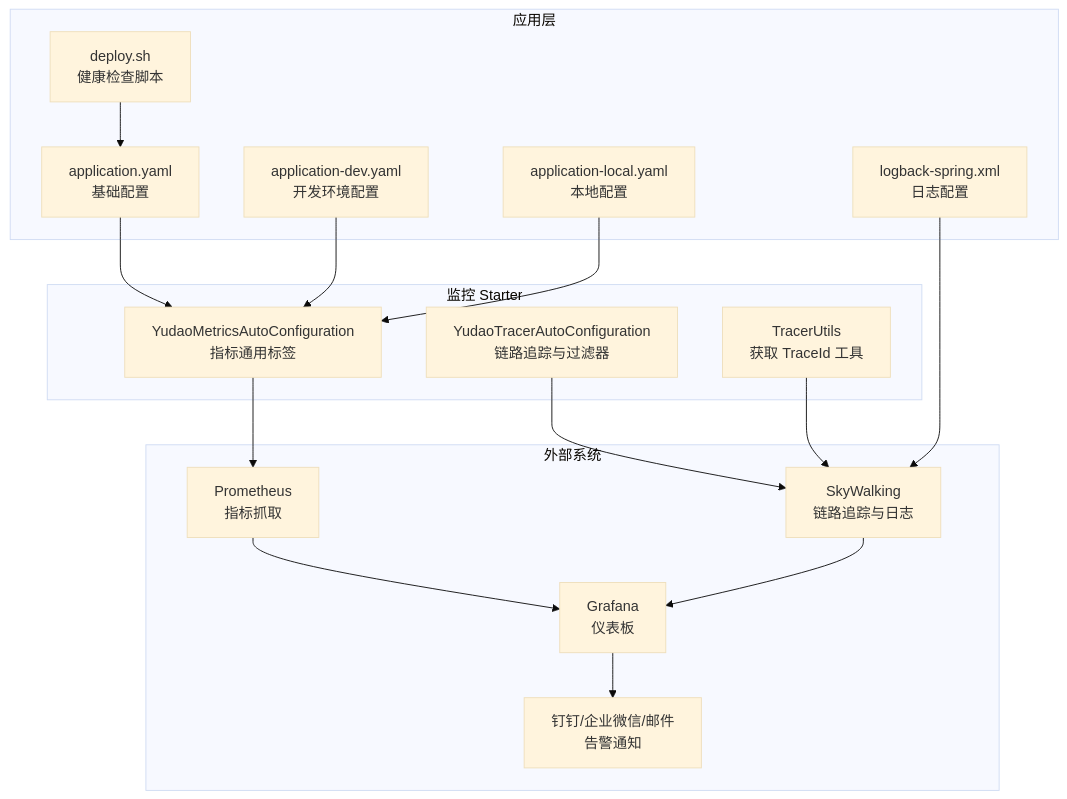
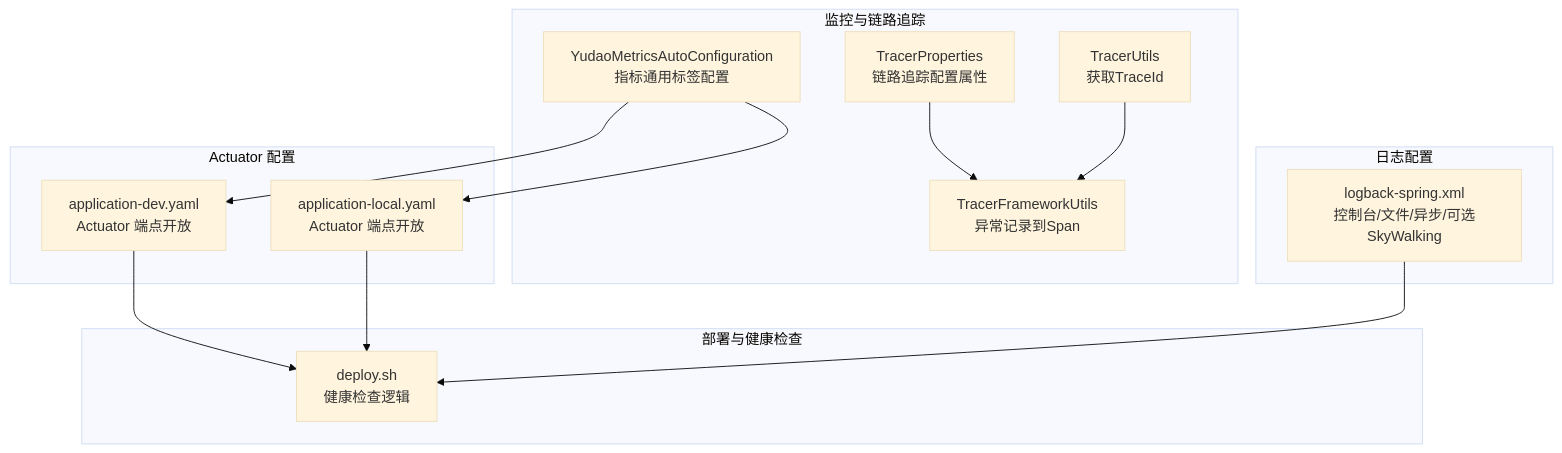
The first of 8 diagrams in .qoder/repowiki/zh/content/部署运维/监控告警.md (xiaoche80s-tech/rouyi-vue-pro), drawn with Mermaid (base theme) before and after one commit. The commit also changed other lines of this file and 840 other files, not shown here.

````diff
--- a/.qoder/repowiki/zh/content/部署运维/监控告警.md
+++ b/.qoder/repowiki/zh/content/部署运维/监控告警.md
@@ -44,32 +45,26 @@
 ```mermaid
 graph TB
-subgraph "监控 Starter"
-A["YudaoMetricsAutoConfiguration<br/>指标通用标签"]
-B["YudaoTracerAutoConfiguration<br/>链路追踪与过滤器"]
-C["TracerUtils<br/>获取 TraceId 工具"]
+subgraph "监控与链路追踪"
+M1["YudaoMetricsAutoConfiguration<br/>指标通用标签配置"]
+M2["TracerProperties<br/>链路追踪配置属性"]
+M3["TracerFrameworkUtils<br/>异常记录到Span"]
+M4["TracerUtils<br/>获取TraceId"]
 end
-subgraph "应用层"
-D["application.yaml<br/>基础配置"]
-E["application-dev.yaml<br/>开发环境配置"]
-F["application-local.yaml<br/>本地配置"]
-G["logback-spring.xml<br/>日志配置"]
-H["deploy.sh<br/>健康检查脚本"]
+subgraph "Actuator 配置"
+A1["application-dev.yaml<br/>Actuator 端点开放"]
+A2["application-local.yaml<br/>Actuator 端点开放"]
 end
-subgraph "外部系统"
-I["SkyWalking<br/>链路追踪与日志"]
-J["Prometheus<br/>指标抓取"]
-K["Grafana<br/>仪表板"]
-L["钉钉/企业微信/邮件<br/>告警通知"]
+subgraph "日志配置"
+L1["logback-spring.xml<br/>控制台/文件/异步/可选SkyWalking"]
 end
-A --> J
-B --> I
-C --> I
-D --> A
-E --> A
-F --> A
-G --> I
-H --> D
-J --> K
-I --> K
-K --> L
+subgraph "部署与健康检查"
+D1["deploy.sh<br/>健康检查逻辑"]
+end
+M1 --> A1
+M1 --> A2
+M2 --> M3
+M4 --> M3
+A1 --> D1
+A2 --> D1
+L1 --> D1
 ```
````
